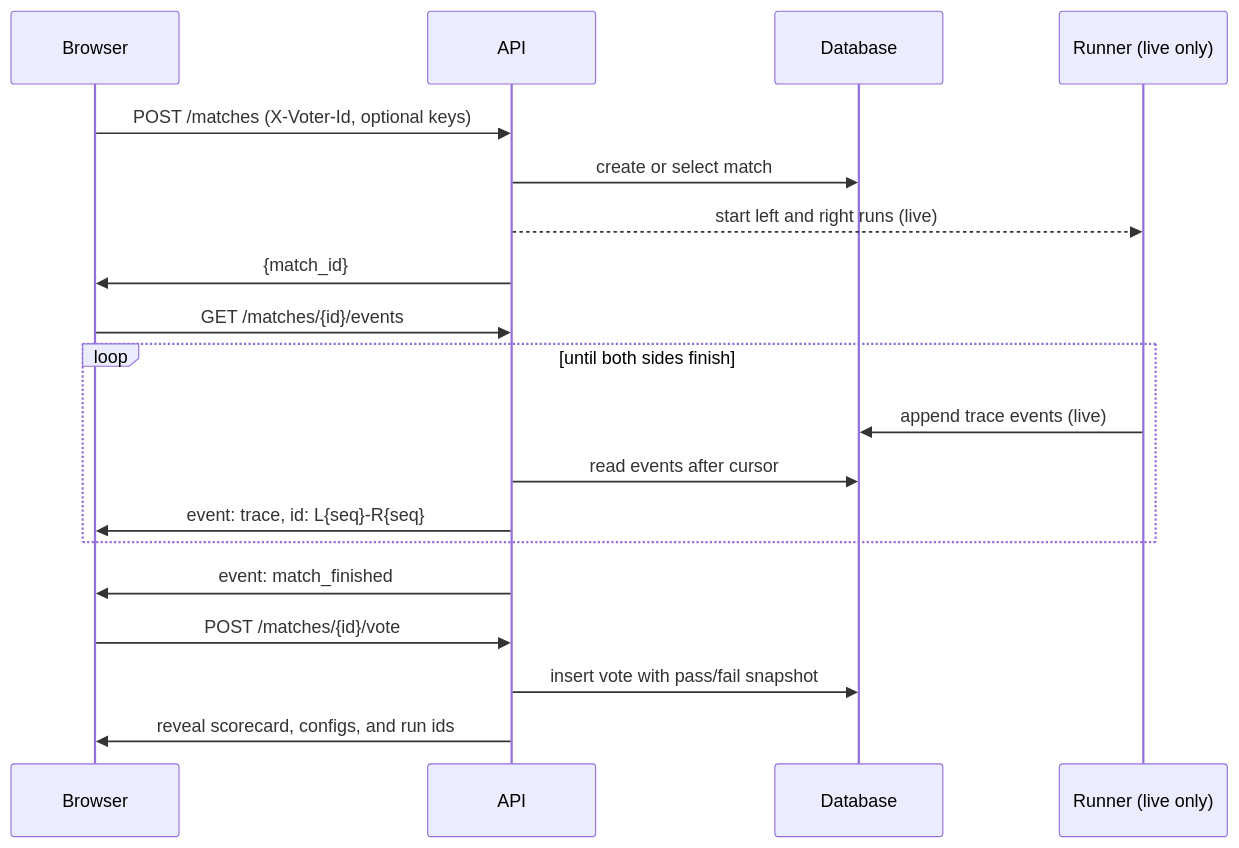
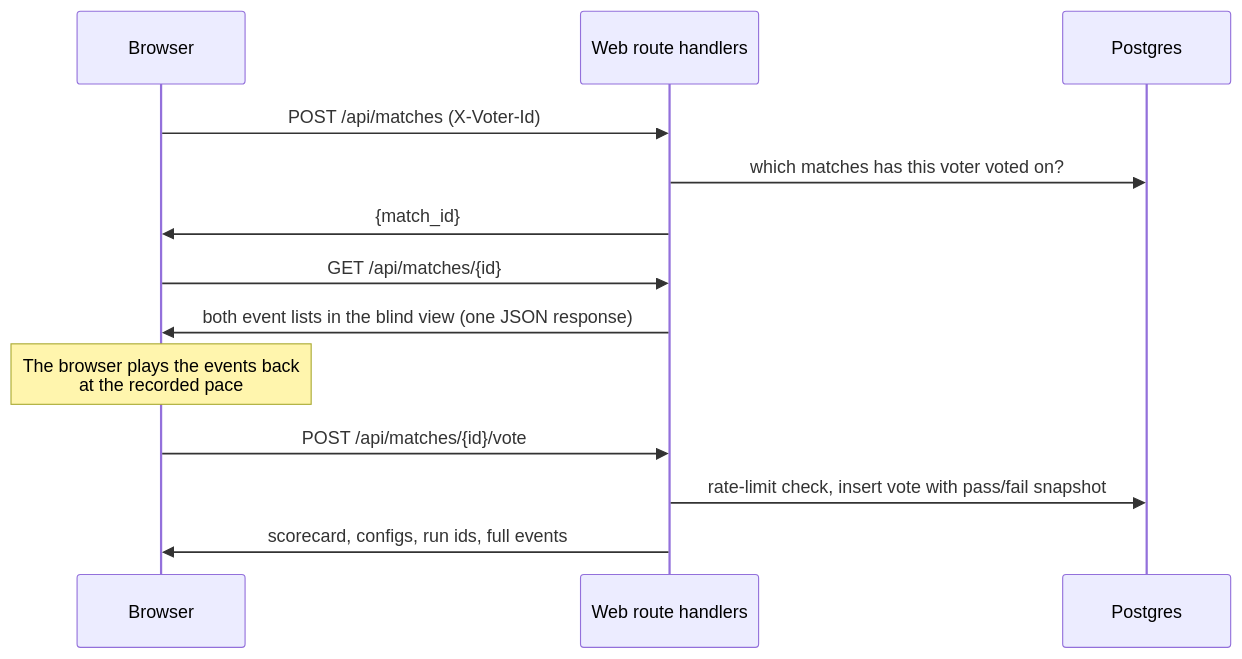
The third of 3 diagrams in docs/PLAN.md (CaringNihilistic/agent-eval-arena), drawn with Mermaid before and after one commit. The commit also changed other lines of this file and 3 other files, not shown here.

````diff
--- a/docs/PLAN.md
+++ b/docs/PLAN.md
@@ -300,22 +302,16 @@
 ```mermaid
 sequenceDiagram
   participant B as Browser
-  participant A as API
-  participant D as Database
-  participant R as Runner (live only)
+  participant W as Web route handlers
+  participant D as Postgres
 
-  B->>A: POST /matches (X-Voter-Id, optional keys)
-  A->>D: create or select match
-  A-->>R: start left and right runs (live)
-  A->>B: {match_id}
-  B->>A: GET /matches/{id}/events
-  loop until both sides finish
-    R->>D: append trace events (live)
-    A->>D: read events after cursor
-    A->>B: event: trace, id: L{seq}-R{seq}
-  end
-  A->>B: event: match_finished
-  B->>A: POST /matches/{id}/vote
-  A->>D: insert vote with pass/fail snapshot
-  A->>B: reveal scorecard, configs, and run ids
+  B->>W: POST /api/matches (X-Voter-Id)
+  W->>D: which matches has this voter voted on?
+  W->>B: {match_id}
+  B->>W: GET /api/matches/{id}
+  W->>B: both event lists in the blind view (one JSON response)
+  Note over B: The browser plays the events back<br/>at the recorded pace
+  B->>W: POST /api/matches/{id}/vote
+  W->>D: rate-limit check, insert vote with pass/fail snapshot
+  W->>B: scorecard, configs, run ids, full events
 ```
````
